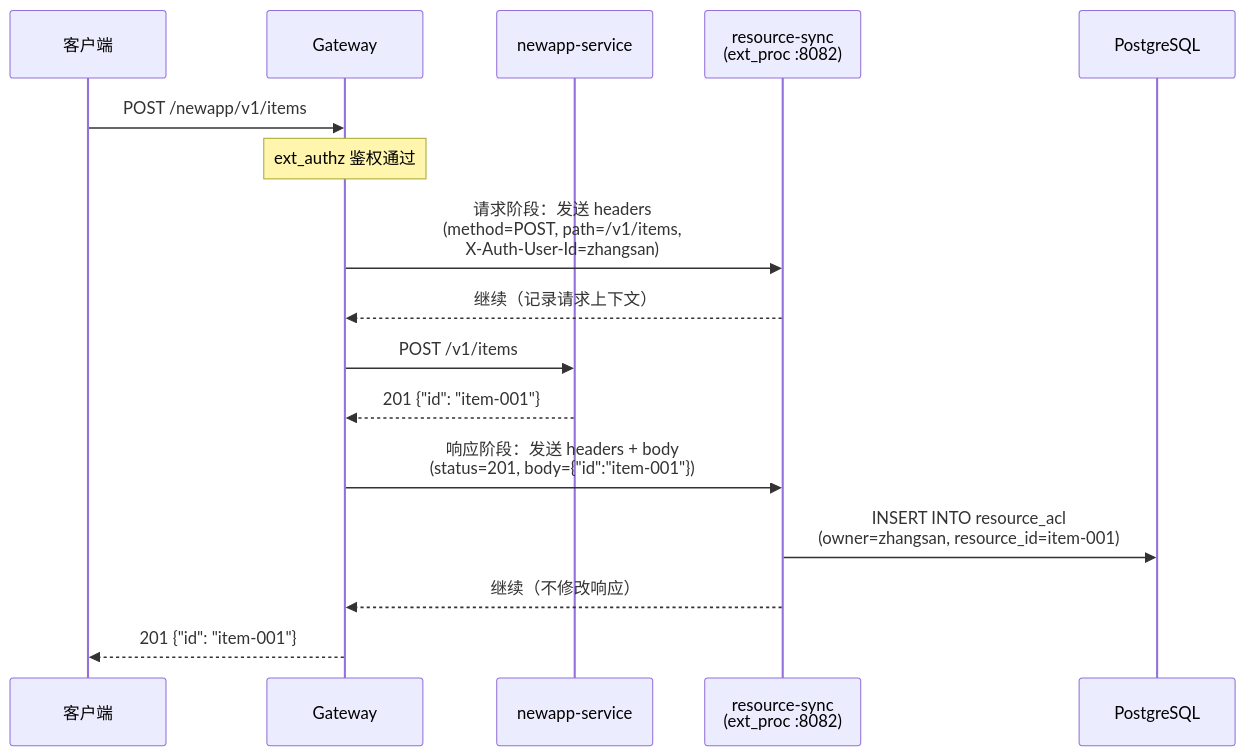
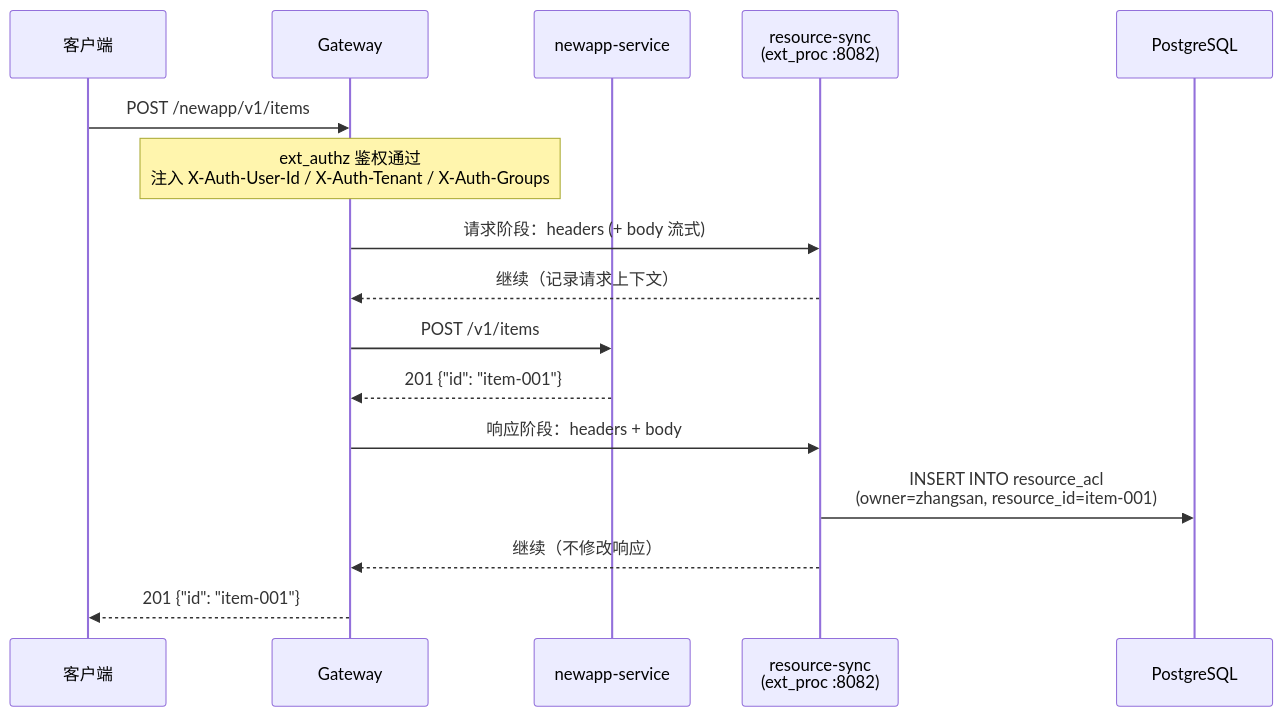
The fourth of 8 diagrams in diagrams/onboarding-flow.md (xiewanchao/aidp-iam), drawn with Mermaid before and after one commit. The commit also changed other lines of this file and 3 other files, not shown here.

````diff
--- a/diagrams/onboarding-flow.md
+++ b/diagrams/onboarding-flow.md
@@ -304,19 +321,19 @@
 ```mermaid
 sequenceDiagram
     participant C as 客户端
     participant GW as Gateway
     participant APP as newapp-service
     participant EP as resource-sync<br/>(ext_proc :8082)
     participant DB as PostgreSQL
 
     C->>GW: POST /newapp/v1/items
-    Note over GW: ext_authz 鉴权通过
-    GW->>EP: 请求阶段：发送 headers<br/>(method=POST, path=/v1/items,<br/>X-Auth-User-Id=zhangsan)
+    Note over GW: ext_authz 鉴权通过<br/>注入 X-Auth-User-Id / X-Auth-Tenant / X-Auth-Groups
+    GW->>EP: 请求阶段：headers (+ body 流式)
     EP-->>GW: 继续（记录请求上下文）
     GW->>APP: POST /v1/items
     APP-->>GW: 201 {"id": "item-001"}
-    GW->>EP: 响应阶段：发送 headers + body<br/>(status=201, body={"id":"item-001"})
+    GW->>EP: 响应阶段：headers + body
     EP->>DB: INSERT INTO resource_acl<br/>(owner=zhangsan, resource_id=item-001)
     EP-->>GW: 继续（不修改响应）
     GW-->>C: 201 {"id": "item-001"}
 ```
````
